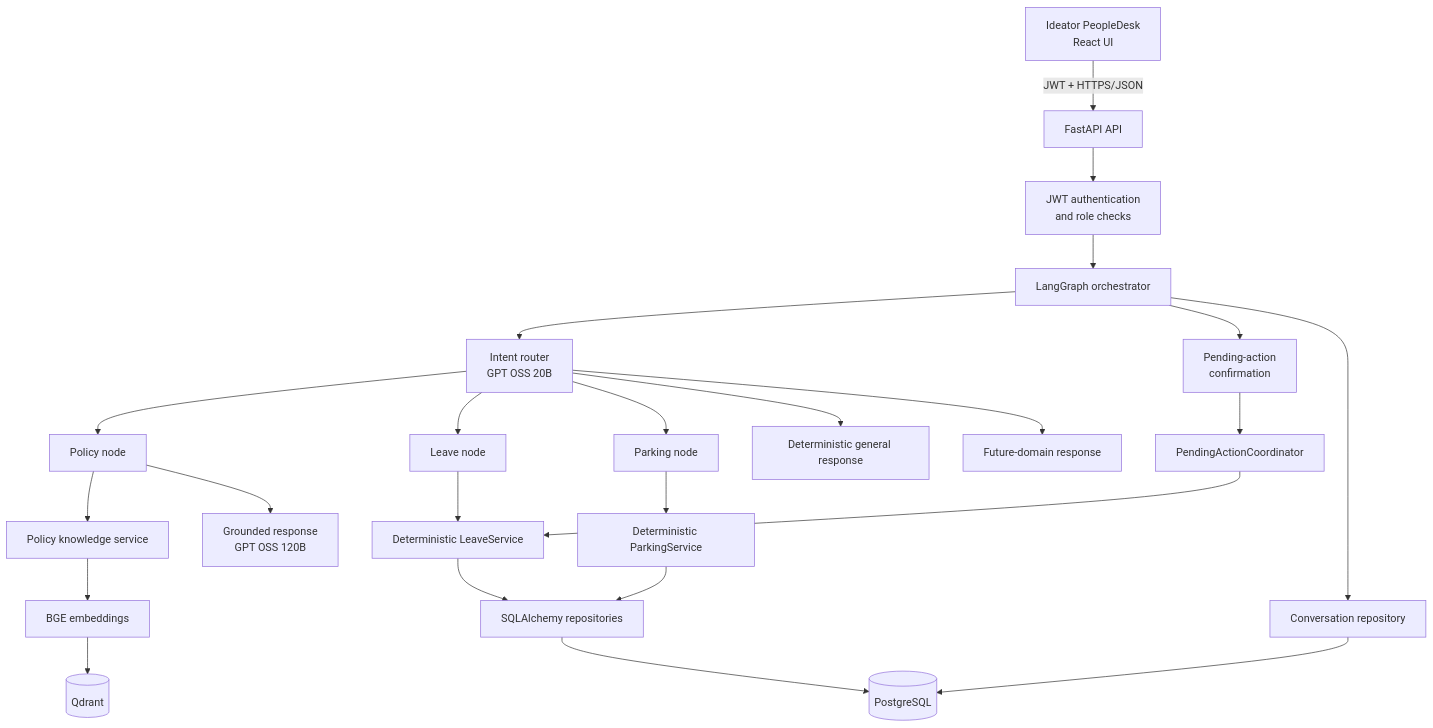
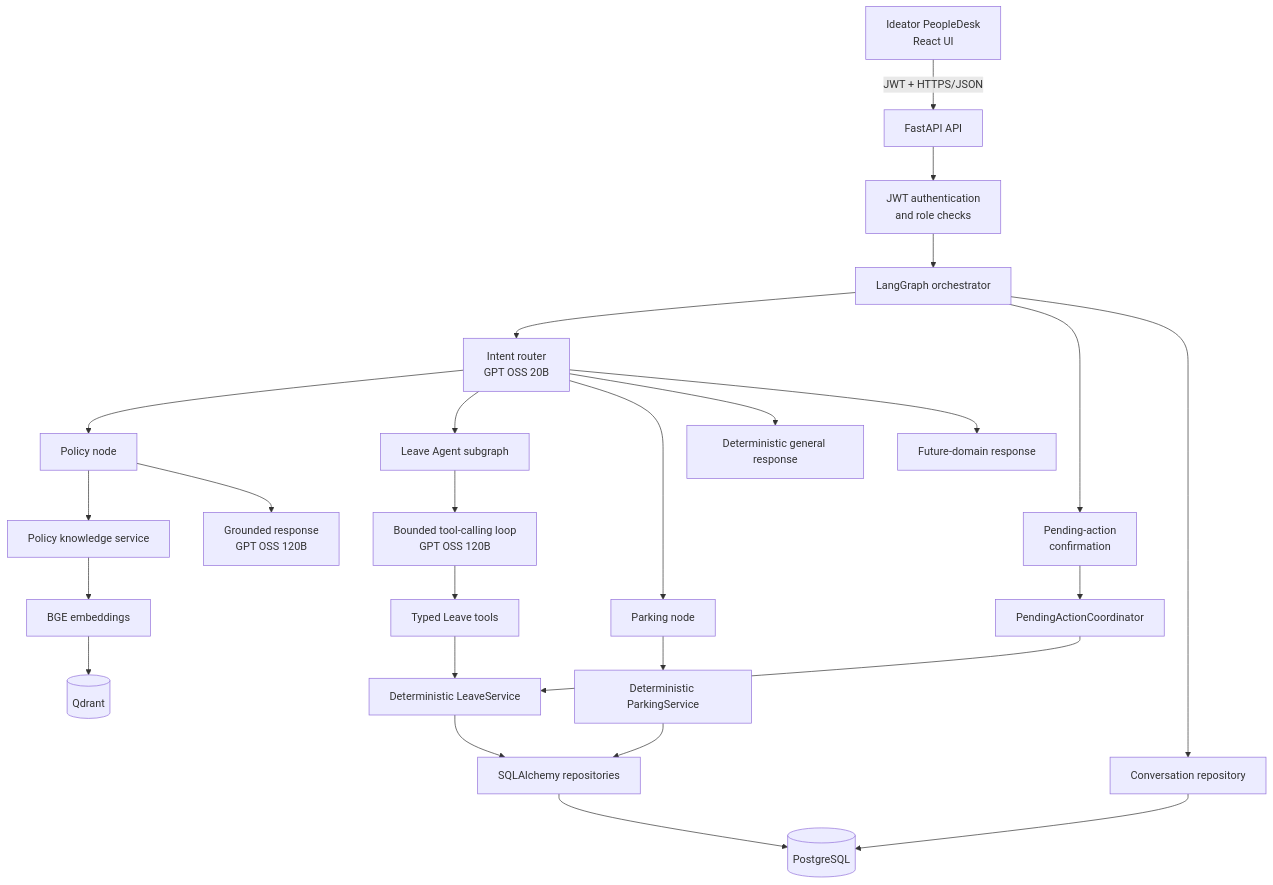
Before and after one commit to Hariharan27/Agentic-HR-Employee-Assistant: the first of 3 diagrams in ARCHITECTURE.md, drawn with Mermaid. The commit also changed other lines of this file and 18 other files, not shown here.

First line of the commit message:
feat: convert leave workflow to bounded tool-calling Leave Agent

````diff
--- a/ARCHITECTURE.md
+++ b/ARCHITECTURE.md
@@ -35,30 +35,32 @@
 ```mermaid
 flowchart TB
     UI[Ideator PeopleDesk\nReact UI] -->|JWT + HTTPS/JSON| API[FastAPI API]
     API --> AUTH[JWT authentication\nand role checks]
     AUTH --> GRAPH[LangGraph orchestrator]
 
     GRAPH --> ROUTER[Intent router\nGPT OSS 20B]
     GRAPH --> CONFIRM[Pending-action\nconfirmation]
     ROUTER --> POLICY[Policy node]
-    ROUTER --> LEAVE[Leave node]
+    ROUTER --> LEAVE[Leave Agent subgraph]
     ROUTER --> PARKING[Parking node]
     ROUTER --> GENERAL[Deterministic general response]
     ROUTER --> UNSUPPORTED[Future-domain response]
 
     POLICY --> RAG[Policy knowledge service]
     RAG --> EMBED[BGE embeddings]
     EMBED --> QDRANT[(Qdrant)]
     POLICY --> ANSWER[Grounded response\nGPT OSS 120B]
 
-    LEAVE --> SERVICE[Deterministic LeaveService]
+    LEAVE --> LEAVE_MODEL[Bounded tool-calling loop\nGPT OSS 120B]
+    LEAVE_MODEL --> LEAVE_TOOLS[Typed Leave tools]
+    LEAVE_TOOLS --> SERVICE[Deterministic LeaveService]
     PARKING --> PARKING_SERVICE[Deterministic ParkingService]
     CONFIRM --> PENDING[PendingActionCoordinator]
     PENDING --> SERVICE
     SERVICE --> REPO[SQLAlchemy repositories]
     PARKING_SERVICE --> REPO
     REPO --> POSTGRES[(PostgreSQL)]
 
     GRAPH --> CONVERSATION[Conversation repository]
     CONVERSATION --> POSTGRES
 ```
````
